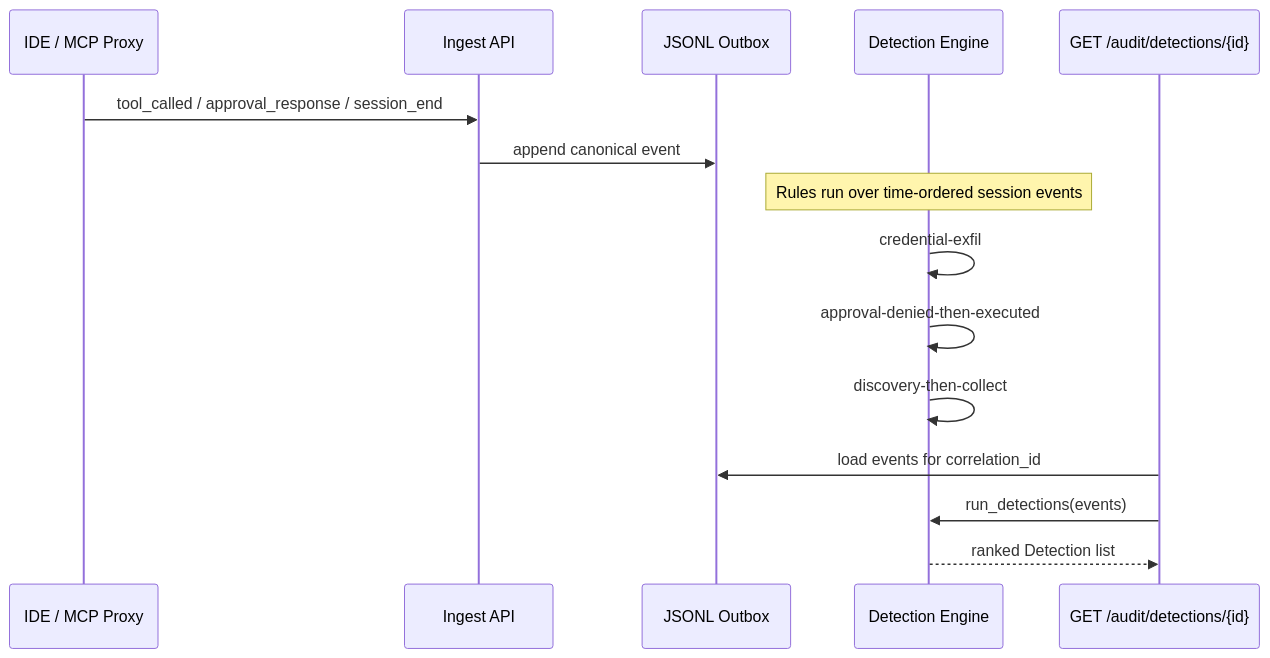
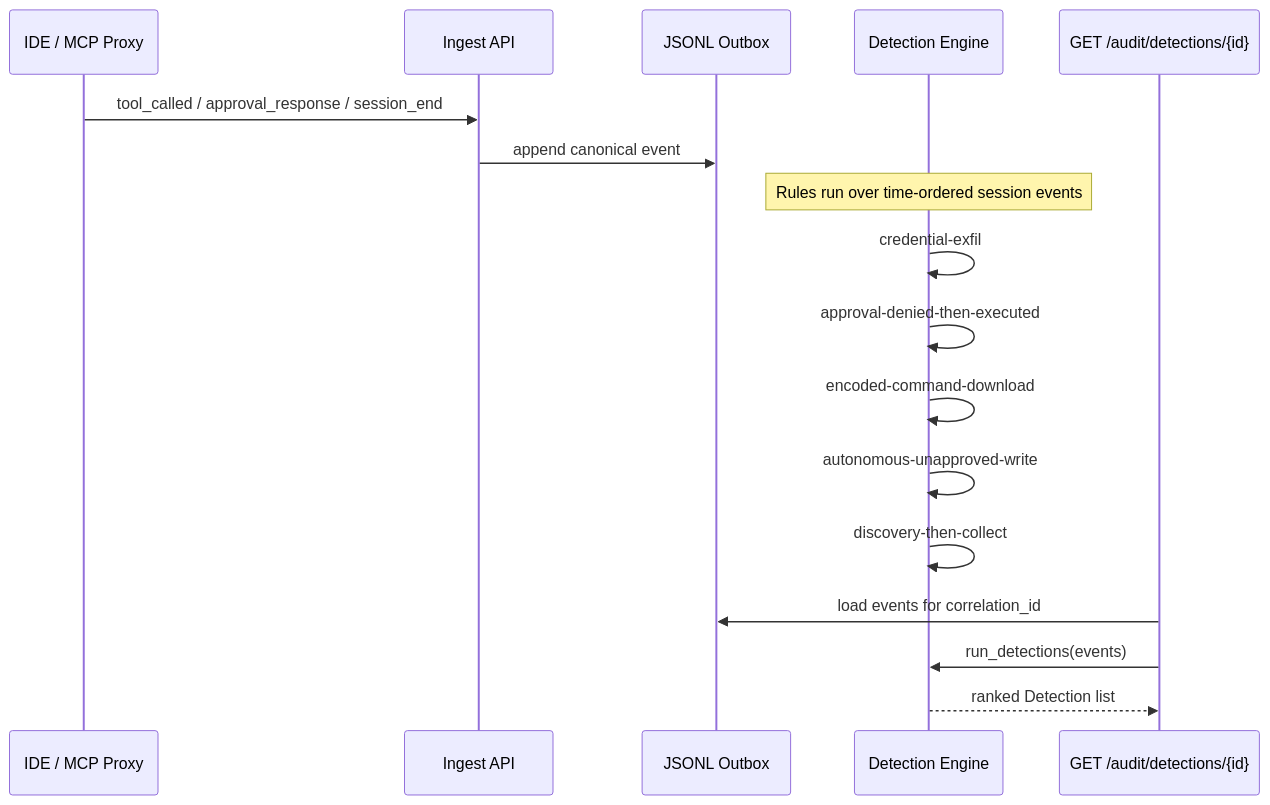
Before and after one commit to blitzcrieg1/agentmetry: the third of 4 diagrams in README.md, drawn with Mermaid. The commit also changed other lines of this file and 2 other files, not shown here.

````diff
--- a/README.md
+++ b/README.md
@@ -345,18 +346,20 @@
 ```mermaid
 sequenceDiagram
   participant IDE as IDE / MCP Proxy
   participant IN as Ingest API
   participant DB as JSONL Outbox
   participant ENG as Detection Engine
   participant API as GET /audit/detections/{id}
 
   IDE->>IN: tool_called / approval_response / session_end
   IN->>DB: append canonical event
   Note over ENG: Rules run over time-ordered session events
   ENG->>ENG: credential-exfil
   ENG->>ENG: approval-denied-then-executed
+  ENG->>ENG: encoded-command-download
+  ENG->>ENG: autonomous-unapproved-write
   ENG->>ENG: discovery-then-collect
   API->>DB: load events for correlation_id
   API->>ENG: run_detections(events)
   ENG-->>API: ranked Detection list
 ```
````
